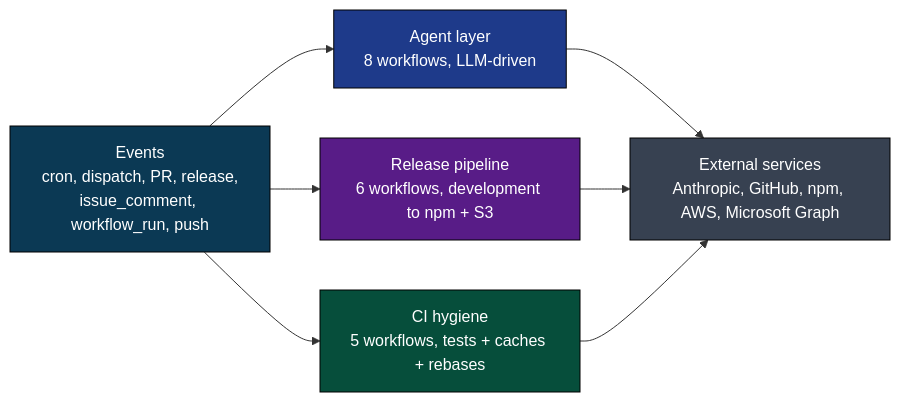
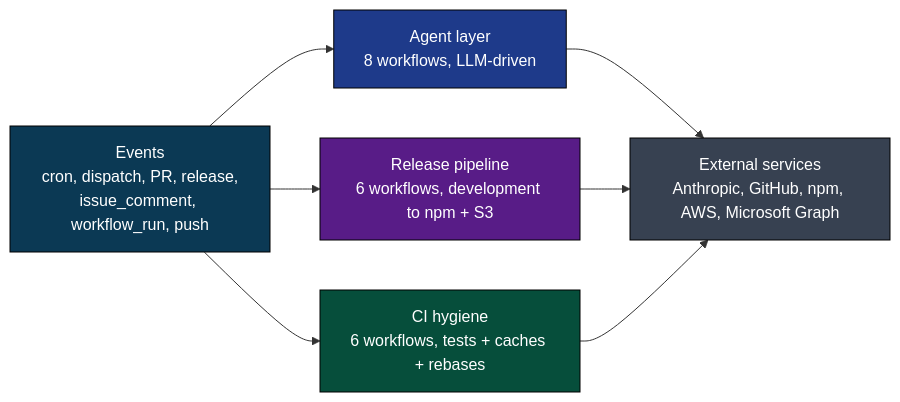
Before and after one commit to gregreindel/llm-exe: the first of 16 diagrams in .github/docs/WORKFLOW_ARCHITECTURE.md, drawn with Mermaid. The commit also changed other lines of this file and 3 other files, not shown here.

````diff
--- a/.github/docs/WORKFLOW_ARCHITECTURE.md
+++ b/.github/docs/WORKFLOW_ARCHITECTURE.md
@@ -47,21 +47,21 @@
 ```mermaid
 flowchart LR
     classDef trig fill:#0b3954,color:#fff,stroke:#000
     classDef agent fill:#1e3a8a,color:#fff,stroke:#000
     classDef rel fill:#581c87,color:#fff,stroke:#000
     classDef hyg fill:#064e3b,color:#fff,stroke:#000
     classDef ext fill:#374151,color:#fff,stroke:#000
 
     T["Events<br/>cron, dispatch, PR, release,<br/>issue_comment, workflow_run, push"]:::trig
     A["Agent layer<br/>8 workflows, LLM-driven"]:::agent
     R["Release pipeline<br/>6 workflows, development to npm + S3"]:::rel
-    H["CI hygiene<br/>5 workflows, tests + caches + rebases"]:::hyg
+    H["CI hygiene<br/>6 workflows, tests + caches + rebases"]:::hyg
     X["External services<br/>Anthropic, GitHub, npm, AWS, Microsoft Graph"]:::ext
 
     T --> A
     T --> R
     T --> H
     A --> X
     R --> X
     H --> X
 ```
````
